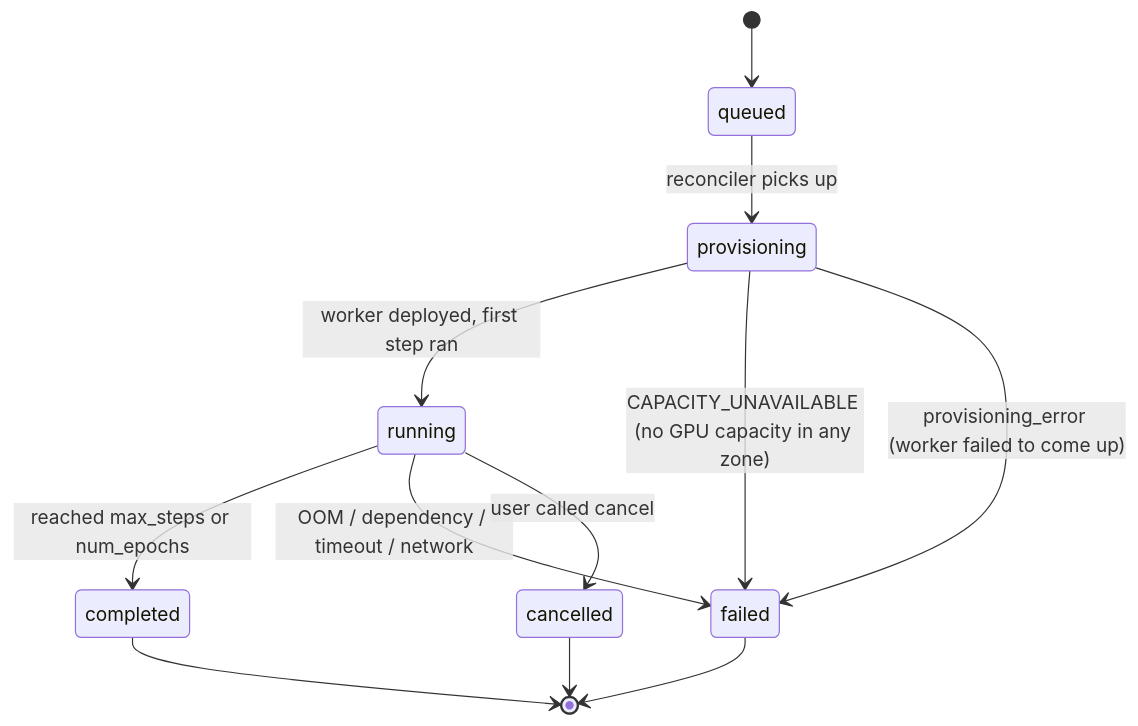
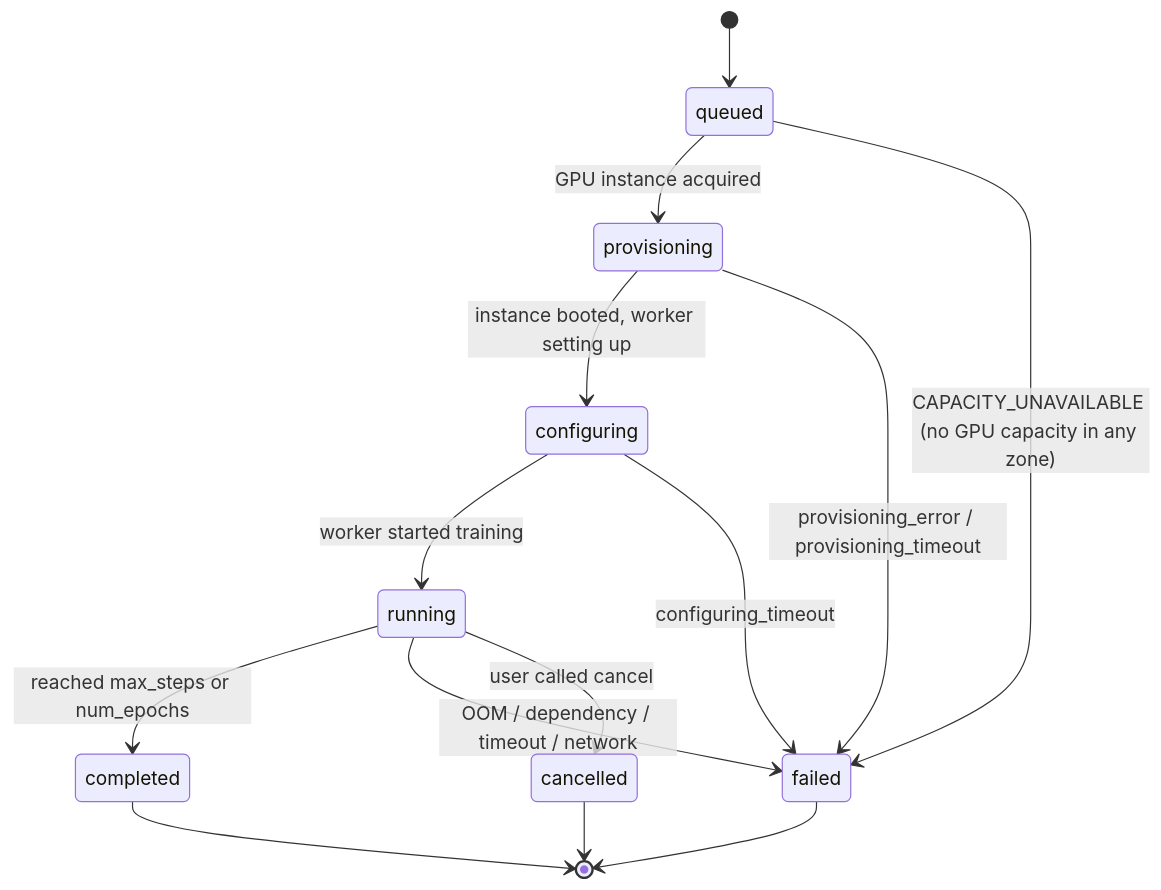
Before and after one commit to DannyMang/documentation: the diagram in training/managed.mdx, drawn with Mermaid. The commit also changed other lines of this file and 5 other files, not shown here.

````diff
--- a/training/managed.mdx
+++ b/training/managed.mdx
@@ -30,14 +30,16 @@
 ```mermaid
 stateDiagram-v2
     [*] --> queued
-    queued --> provisioning : reconciler picks up
-    provisioning --> running : worker deployed, first step ran
-    provisioning --> failed : CAPACITY_UNAVAILABLE (no GPU capacity in any zone)
-    provisioning --> failed : provisioning_error (worker failed to come up)
+    queued --> provisioning : GPU instance acquired
+    queued --> failed : CAPACITY_UNAVAILABLE (no GPU capacity in any zone)
+    provisioning --> configuring : instance booted, worker setting up
+    provisioning --> failed : provisioning_error / provisioning_timeout
+    configuring --> running : worker started training
+    configuring --> failed : configuring_timeout
     running --> completed : reached max_steps or num_epochs
     running --> failed : OOM / dependency / timeout / network
     running --> cancelled : user called cancel
     completed --> [*]
     failed --> [*]
     cancelled --> [*]
 ```
````
